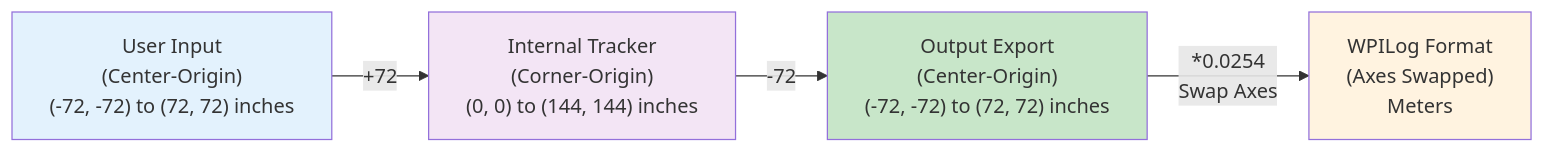
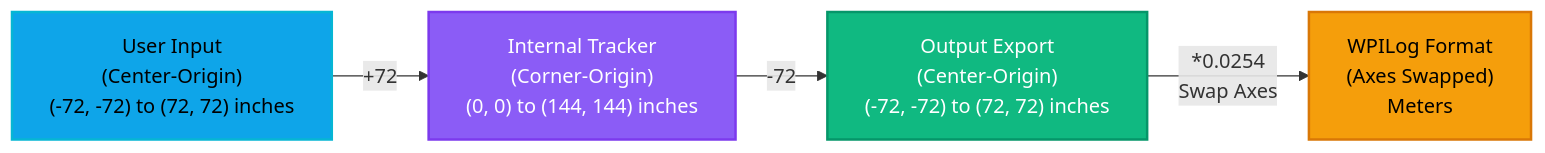
Before and after one commit to ALeaf21/LearningJuiceAutoScout: the fourth of 13 diagrams in docs/SYSTEM_ARCHITECTURE.md, drawn with Mermaid. The commit also changed other lines of this file and 1 other file, not shown here.

Commit message:
doc updated for dark theme

````diff
--- a/docs/SYSTEM_ARCHITECTURE.md
+++ b/docs/SYSTEM_ARCHITECTURE.md
@@ -126,19 +128,20 @@
 ```mermaid
+%%{init: {theme: 'dark'}}%%
 graph LR
     User["User Input<br/>(Center-Origin)<br/>(-72, -72) to (72, 72) inches"]
     
     Internal["Internal Tracker<br/>(Corner-Origin)<br/>(0, 0) to (144, 144) inches"]
     
     Output["Output Export<br/>(Center-Origin)<br/>(-72, -72) to (72, 72) inches"]
     
     WPILog["WPILog Format<br/>(Axes Swapped)<br/>Meters"]
     
     User -->|+72| Internal
     Internal -->|-72| Output
     Output -->|*0.0254<br/>Swap Axes| WPILog
     
-    style User fill:#e3f2fd
-    style Internal fill:#f3e5f5
-    style Output fill:#c8e6c9
-    style WPILog fill:#fff3e0
+    style User fill:#0ea5e9,stroke:#06b6d4,stroke-width:2px,color:#000
+    style Internal fill:#8b5cf6,stroke:#7c3aed,stroke-width:2px,color:#fff
+    style Output fill:#10b981,stroke:#059669,stroke-width:2px,color:#fff
+    style WPILog fill:#f59e0b,stroke:#d97706,stroke-width:2px,color:#000
 ```
````
